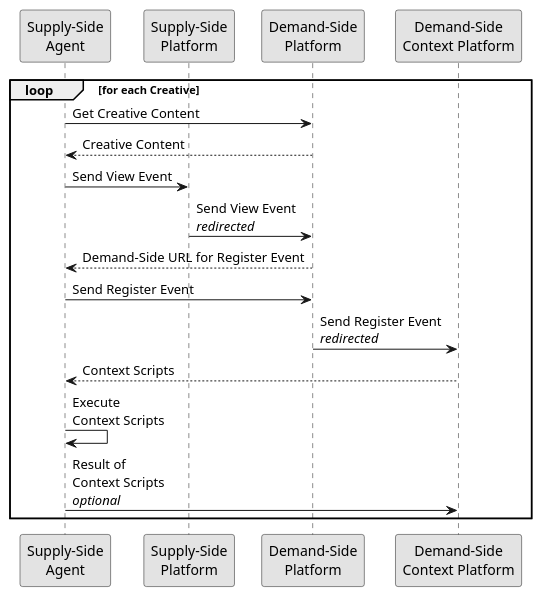
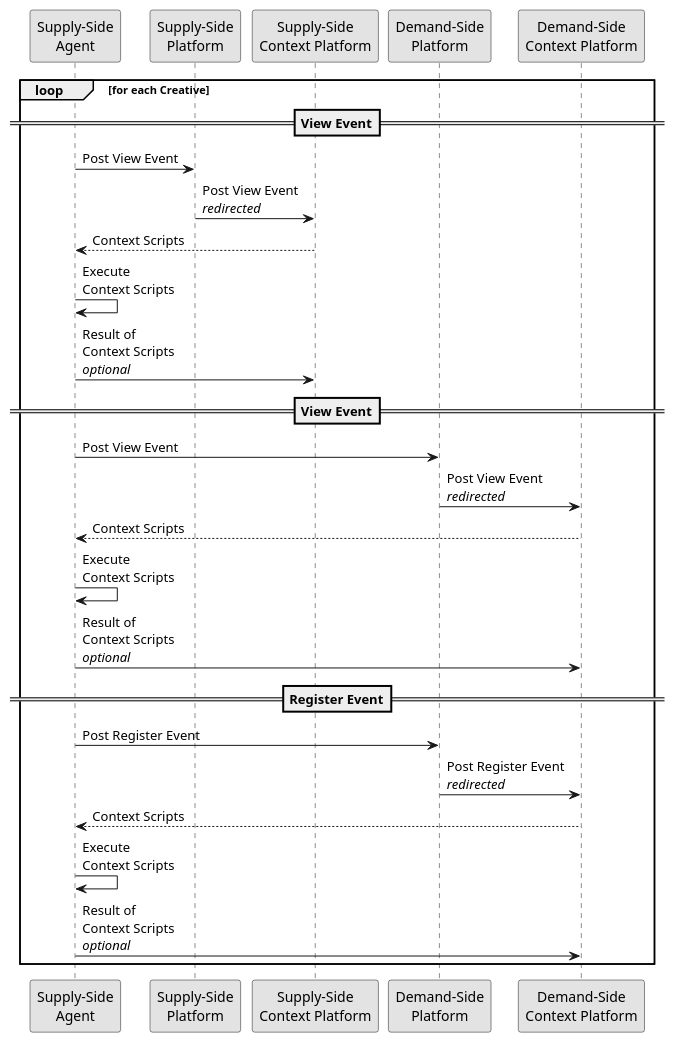
One commit to adshares/adshares-docs changed the third of 3 diagrams in protocol/impressions/user_browses.rst. Above: the diagram before and after it, drawn with PlantUML. The commit also changed other lines of this file and 5 other files, not shown here.

```diff
--- a/protocol/impressions/user_browses.rst
+++ b/protocol/impressions/user_browses.rst
@@ -69,22 +103,33 @@
 .. uml::
     :align: center
 
     skinparam monochrome true
 
     participant "Supply-Side\nAgent"                as SSA
     participant "Supply-Side\nPlatform"             as SSP
+    participant "Supply-Side\nContext Platform"     as SSCP
     participant "Demand-Side\nPlatform"             as DSP
     participant "Demand-Side\nContext Platform"     as DSCP
 
     loop for each Creative
-        SSA ->      DSP     : Get Creative Content
-        DSP -->     SSA     : Creative Content
-        SSA ->      SSP     : Send View Event
-        SSP ->      DSP     : Send View Event\n//redirected//
-        DSP -->     SSA     : Demand-Side URL for Register Event
-        SSA ->      DSP     : Send Register Event
-        DSP ->      DSCP    : Send Register Event\n//redirected//
+        ==View Event==
+        SSA ->      SSP     : Post View Event
+        SSP ->      SSCP    : Post View Event\n//redirected//
+        SSCP -->    SSA     : Context Scripts
+        SSA ->      SSA     : Execute\nContext Scripts
+        SSA ->      SSCP    : Result of\nContext Scripts\n//optional//
+
+        ==View Event==
+        SSA ->      DSP     : Post View Event
+        DSP ->      DSCP    : Post View Event\n//redirected//
+        DSCP -->    SSA     : Context Scripts
+        SSA ->      SSA     : Execute\nContext Scripts
+        SSA ->      DSCP    : Result of\nContext Scripts\n//optional//
+
+        ==Register Event==
+        SSA ->      DSP     : Post Register Event
+        DSP ->      DSCP    : Post Register Event\n//redirected//
         DSCP -->    SSA     : Context Scripts
         SSA ->      SSA     : Execute\nContext Scripts
         SSA ->      DSCP    : Result of\nContext Scripts\n//optional//
     end
```
